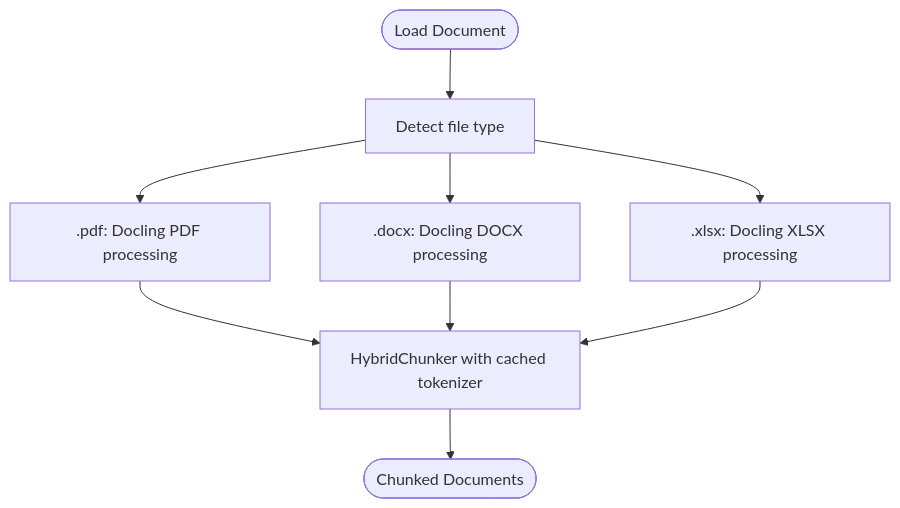
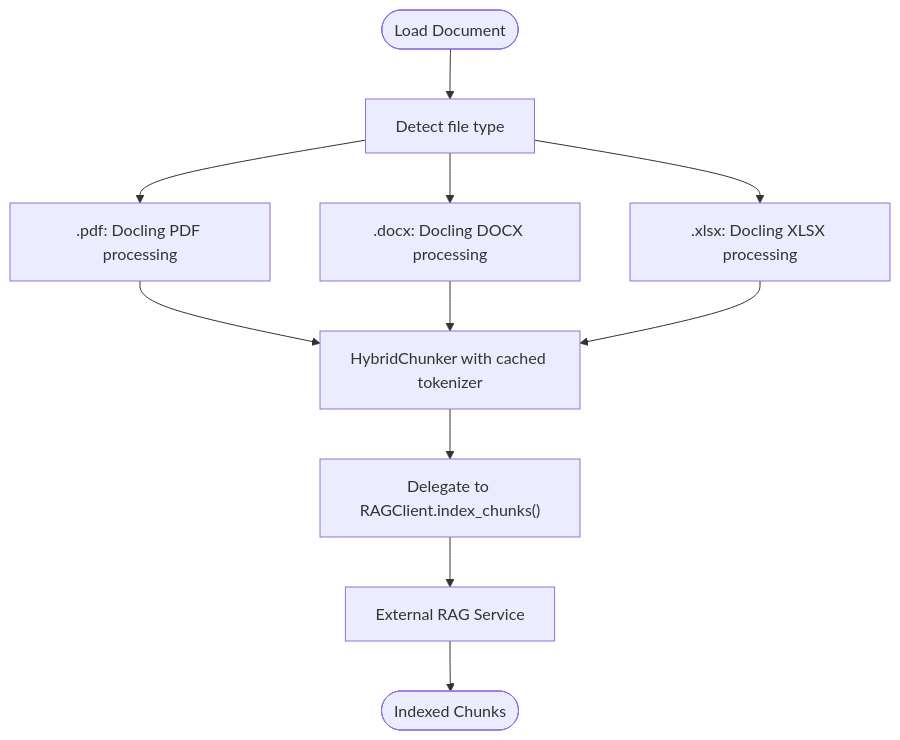
Before and after one commit to ognelis/cafetera_hr_bot: the eighth of 10 diagrams in .qoder/repowiki/en/content/VK Integration/Admin Package Integration.md, drawn with Mermaid. The commit also changed other lines of this file and 69 other files, not shown here.

Commit message:
CAFETERA-62 Implemented RAG service

````diff
--- a/.qoder/repowiki/en/content/VK Integration/Admin Package Integration.md
+++ b/.qoder/repowiki/en/content/VK Integration/Admin Package Integration.md
@@ -299,11 +347,13 @@
 ```mermaid
 flowchart TD
 Load([Load Document]) --> Detect["Detect file type"]
 Detect --> PDF[".pdf: Docling PDF processing"]
 Detect --> DOCX[".docx: Docling DOCX processing"]
 Detect --> XLSX[".xlsx: Docling XLSX processing"]
 PDF --> Chunker["HybridChunker with cached tokenizer"]
 DOCX --> Chunker
 XLSX --> Chunker
-Chunker --> Output([Chunked Documents])
+Chunker --> Delegate["Delegate to RAGClient.index_chunks()"]
+Delegate --> RAGService["External RAG Service"]
+RAGService --> Output([Indexed Chunks])
 ```
````
